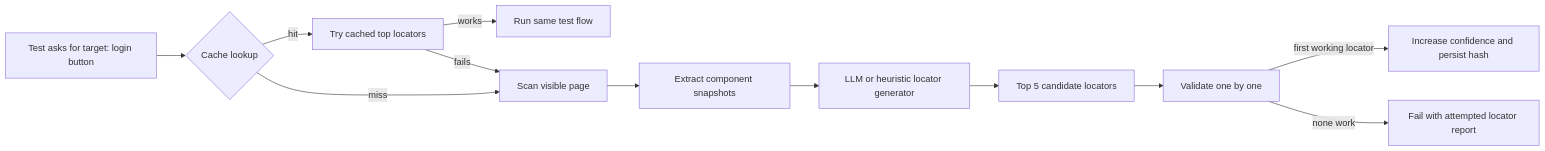
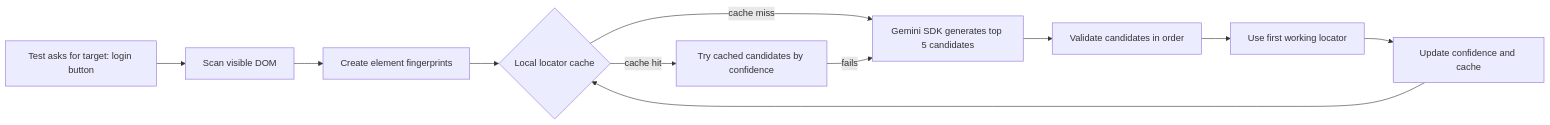
Before and after one commit to MrNewDelhi/self-healing-locator-framework: the diagram in README.md, drawn with Mermaid. The commit also changed other lines of this file and 16 other files, not shown here.

Commit message:
Revamp locator cache around Gemini SDK

````diff
--- a/README.md
+++ b/README.md
@@ -15,14 +15,13 @@
 ```mermaid
 flowchart LR
-  A[Test asks for target: login button] --> B{Cache lookup}
-  B -->|hit| C[Try cached top locators]
-  C -->|works| D[Run same test flow]
-  C -->|fails| E[Scan visible page]
-  B -->|miss| E
-  E --> F[Extract component snapshots]
-  F --> G[LLM or heuristic locator generator]
-  G --> H[Top 5 candidate locators]
-  H --> I[Validate one by one]
-  I -->|first working locator| J[Increase confidence and persist hash]
-  I -->|none work| K[Fail with attempted locator report]
+  A[Test asks for target: login button] --> B[Scan visible DOM]
+  B --> C[Create element fingerprints]
+  C --> D{Local locator cache}
+  D -->|cache hit| E[Try cached candidates by confidence]
+  D -->|cache miss| F[Gemini SDK generates top 5 candidates]
+  E -->|fails| F
+  F --> G[Validate candidates in order]
+  G --> H[Use first working locator]
+  H --> I[Update confidence and cache]
+  I --> D
 ```
````
